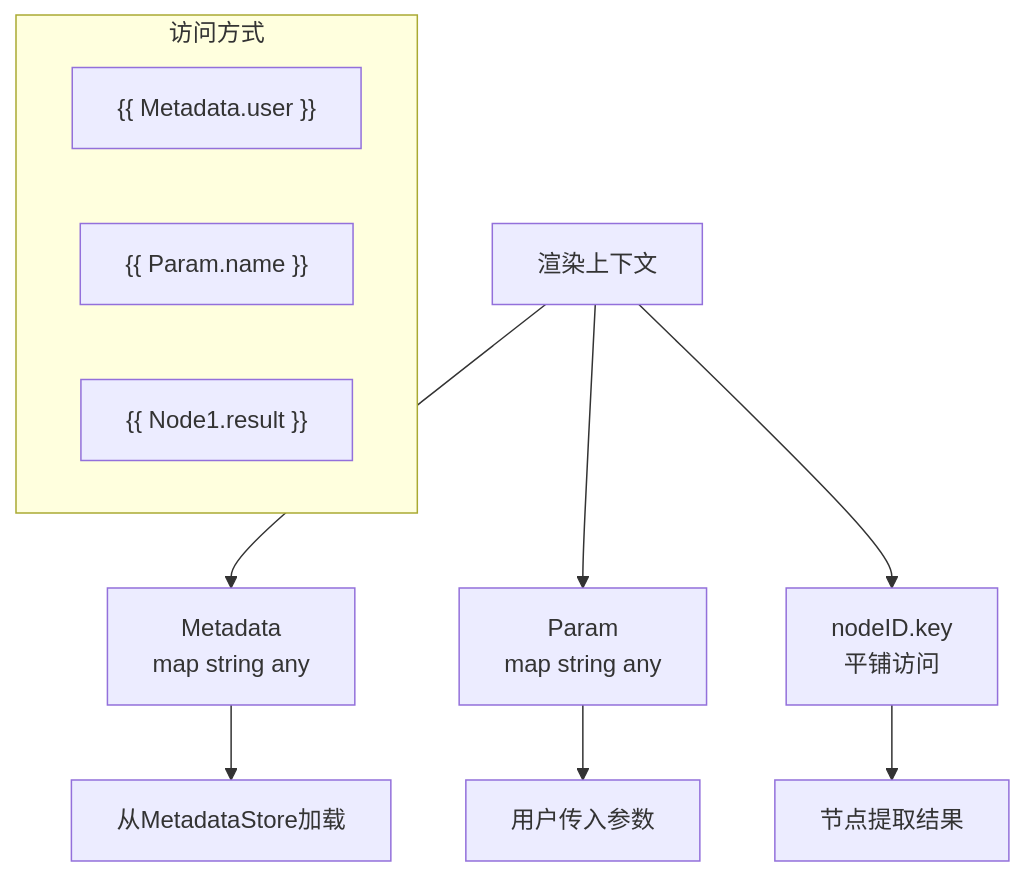
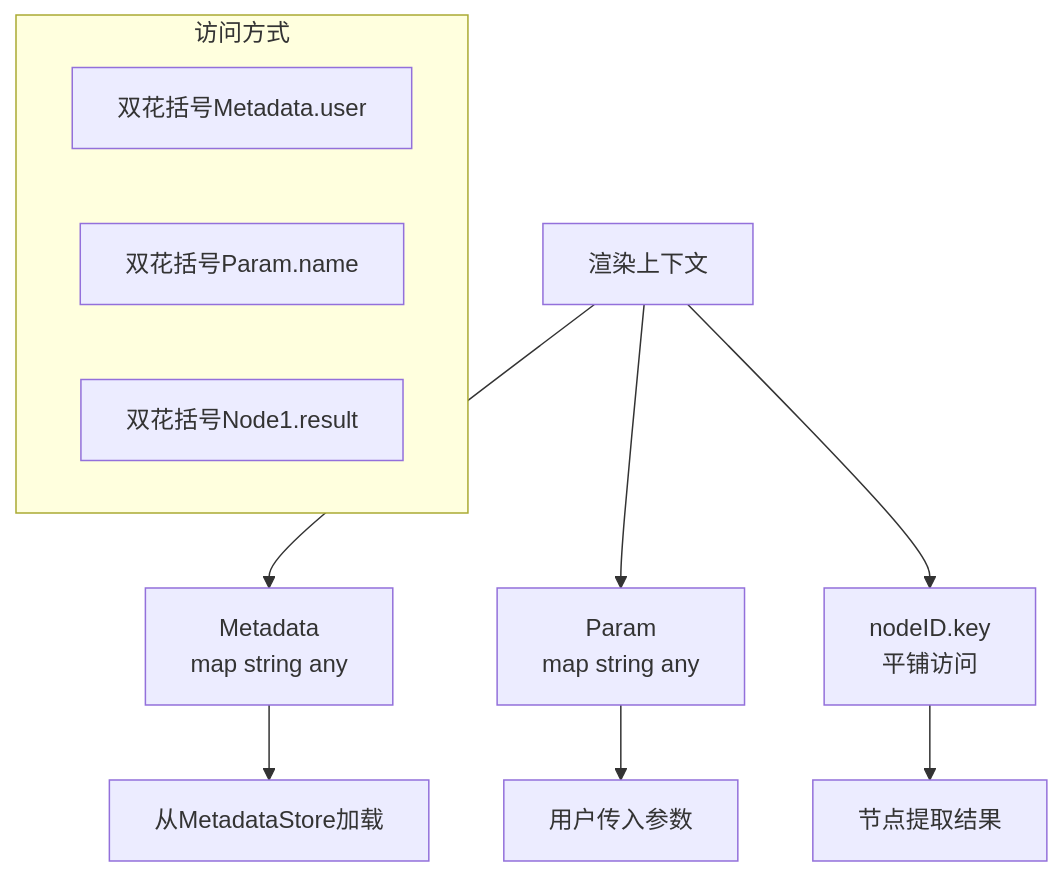
Before and after one commit to LerkoX/flowx: the fourth of 5 diagrams in metadata/FLOWS.md, drawn with Mermaid. The commit also changed other lines of this file and 4 other files, not shown here.

First line of the commit message:
fix: remove double quotes from Mermaid node labels

````diff
--- a/metadata/FLOWS.md
+++ b/metadata/FLOWS.md
@@ -56,16 +56,16 @@
 ```mermaid
 flowchart TD
     A[渲染上下文] --> B[Metadata<br/>map string any]
     A --> C[Param<br/>map string any]
     A --> D[nodeID.key<br/>平铺访问]
 
     B --> E[从MetadataStore加载]
     C --> F[用户传入参数]
     D --> G[节点提取结果]
 
     subgraph 访问方式
-    H["{{ Metadata.user }}"]
-    I["{{ Param.name }}"]
-    J["{{ Node1.result }}"]
+    H[双花括号Metadata.user]
+    I[双花括号Param.name]
+    J[双花括号Node1.result]
     end
 ```
````
